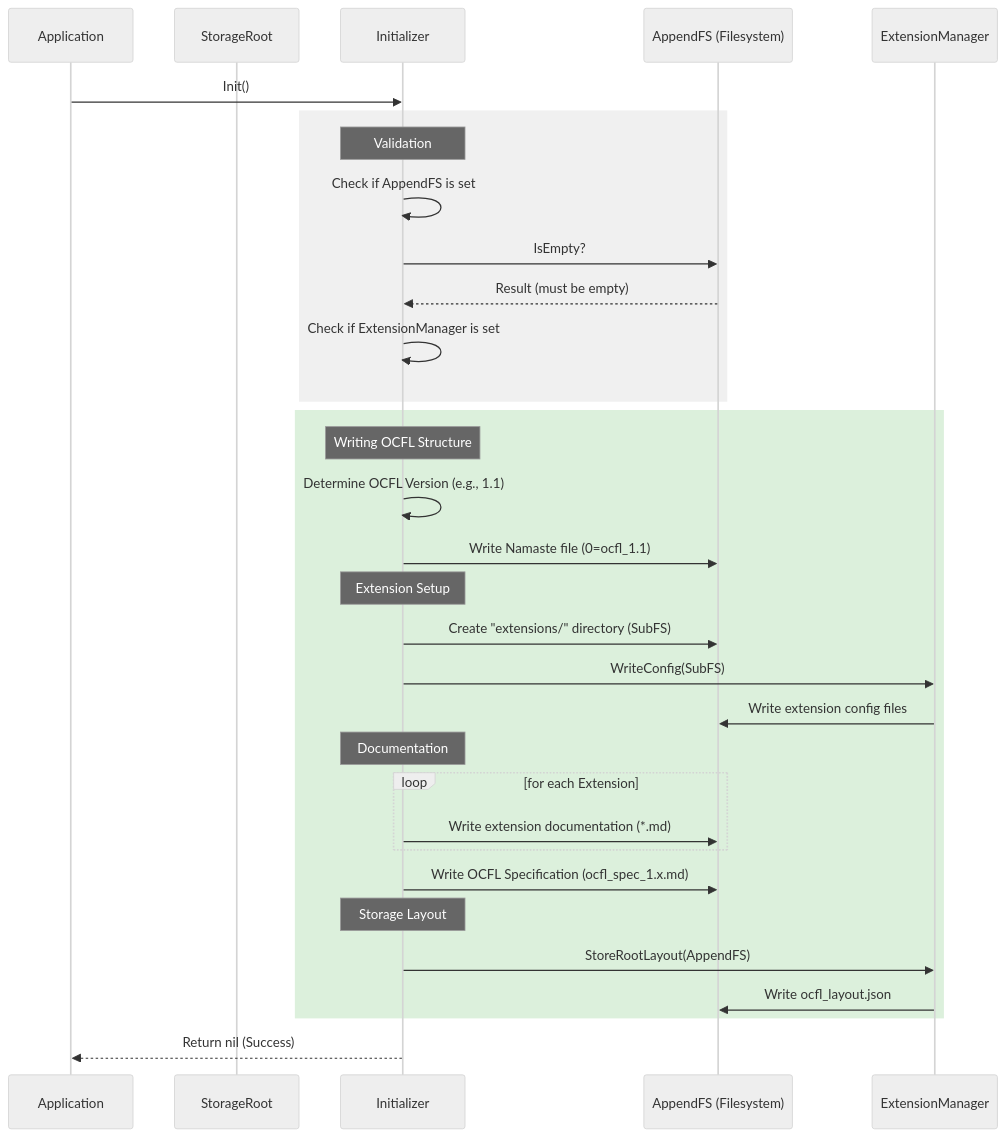
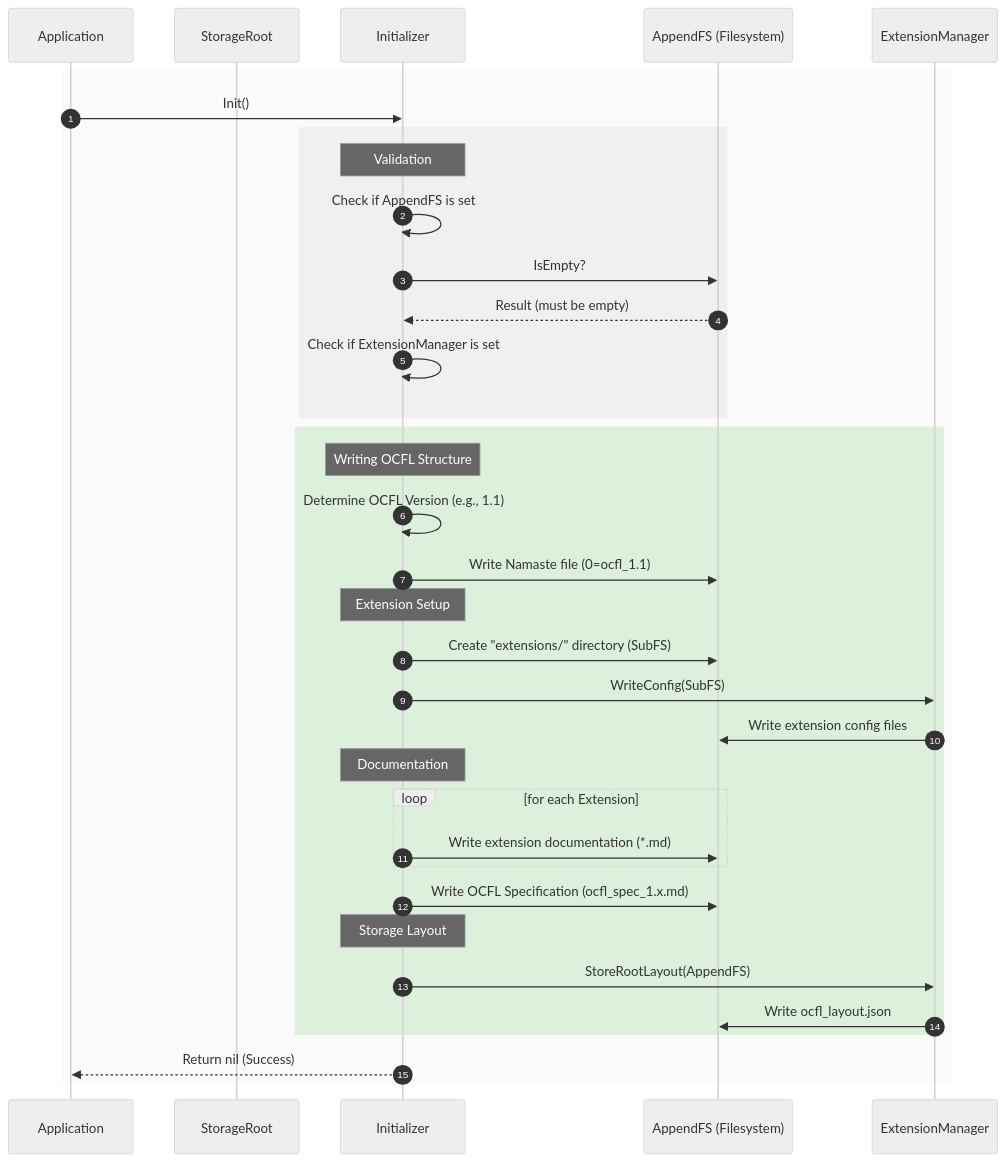
One commit to ocfl-archive/gocfl changed the diagram in pkg/ocfl/storageroot/docs/init_sequence.md. Above: the diagram before and after it, drawn with Mermaid (neutral theme). The commit also changed 4 other files, not shown here.

Commit message:
Enhanced Mermaid sequence diagrams with `autonumber` and `rect` syntax for improved readability and structure across documentation files.

````diff
--- a/pkg/ocfl/storageroot/docs/init_sequence.md
+++ b/pkg/ocfl/storageroot/docs/init_sequence.md
@@ -9,41 +9,44 @@
 ```mermaid
 sequenceDiagram
+    autonumber
+    rect rgb(250, 250, 250)
     participant App as Application
     participant SR as StorageRoot
     participant Init as Initializer
     participant FS as AppendFS (Filesystem)
     participant EM as ExtensionManager
 
     App->>Init: Init()
     
     rect rgb(240, 240, 240)
     Note over Init: Validation
     Init->>Init: Check if AppendFS is set
     Init->>FS: IsEmpty?
     FS-->>Init: Result (must be empty)
     Init->>Init: Check if ExtensionManager is set
     end
 
     rect rgb(220, 240, 220)
     Note over Init: Writing OCFL Structure
     Init->>Init: Determine OCFL Version (e.g., 1.1)
     Init->>FS: Write Namaste file (0=ocfl_1.1)
     
     Note over Init: Extension Setup
     Init->>FS: Create "extensions/" directory (SubFS)
     Init->>EM: WriteConfig(SubFS)
     EM->>FS: Write extension config files
     
     Note over Init: Documentation
     loop for each Extension
         Init->>FS: Write extension documentation (*.md)
     end
     Init->>FS: Write OCFL Specification (ocfl_spec_1.x.md)
     
     Note over Init: Storage Layout
     Init->>EM: StoreRootLayout(AppendFS)
     EM->>FS: Write ocfl_layout.json
     end
 
     Init-->>App: Return nil (Success)
+    end
 ```
````
